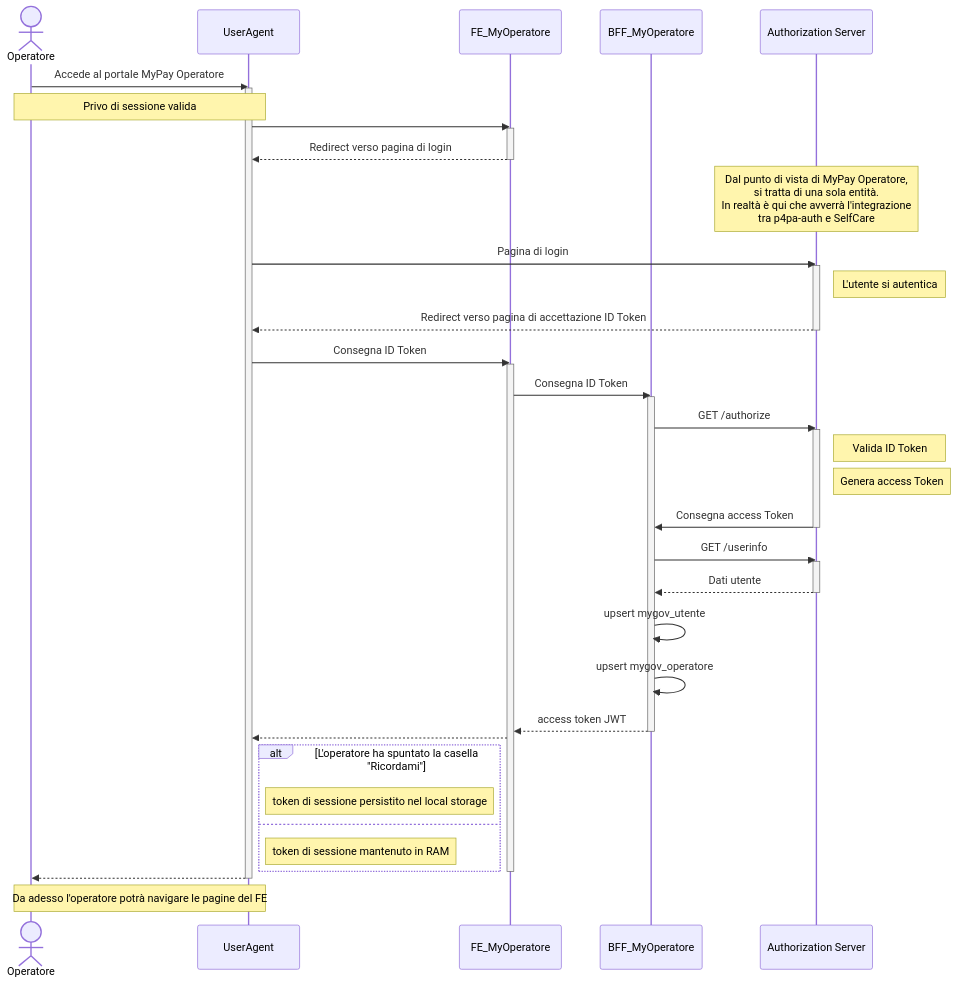
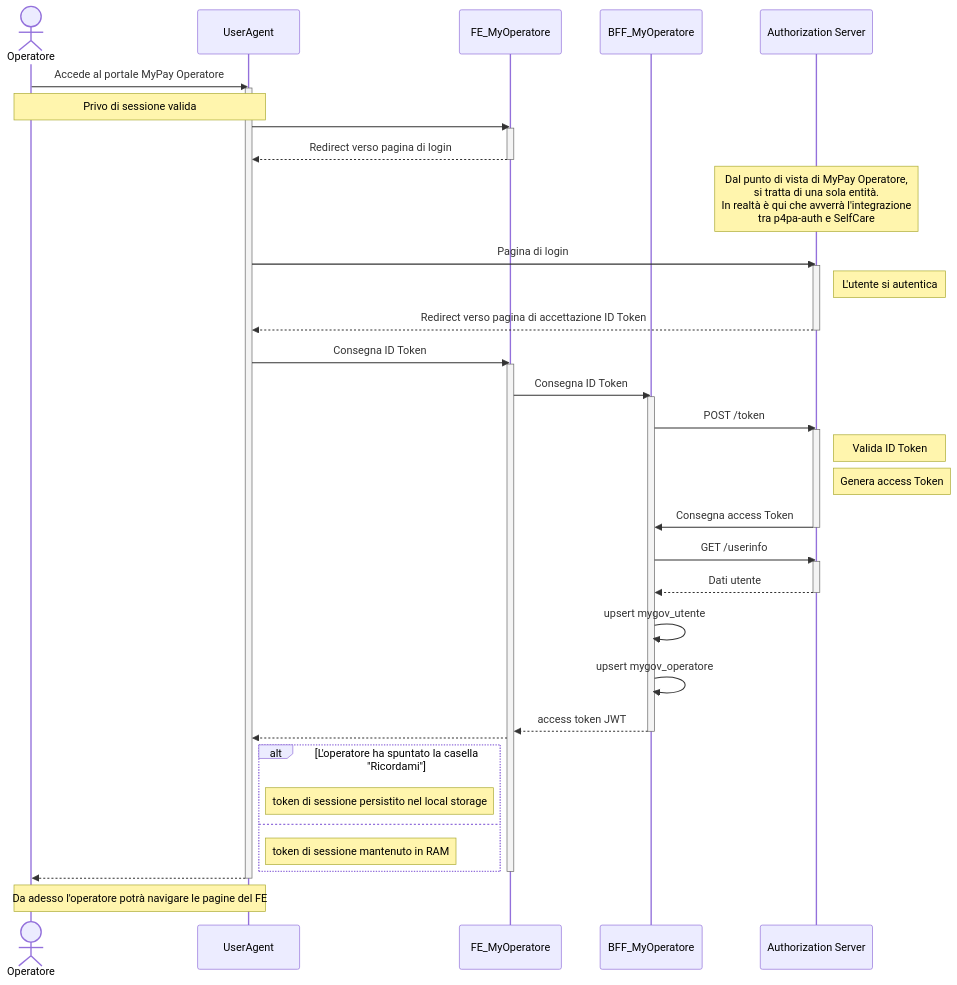
One commit to pagopa/p4pa-doc changed the diagram in confluence/DesignReview/AutenticazioneEAutorizzazioneInMyPayOperatore/TOBE_implicitFlow.mmd. Above: the diagram before and after it, drawn with Mermaid. The commit also changed 3 other files, not shown here.

```diff
--- a/confluence/DesignReview/AutenticazioneEAutorizzazioneInMyPayOperatore/TOBE_implicitFlow.mmd
+++ b/confluence/DesignReview/AutenticazioneEAutorizzazioneInMyPayOperatore/TOBE_implicitFlow.mmd
@@ -1,55 +1,55 @@
 sequenceDiagram
     actor Operatore
     participant UserAgent
     participant FE as FE_MyOperatore
     participant BFF as BFF_MyOperatore
     participant AUTH as Authorization Server
 
     Operatore ->> UserAgent: Accede al portale MyPay Operatore
 
     activate UserAgent
         note over Operatore, UserAgent: Privo di sessione valida
         UserAgent ->> FE: #
         activate FE
             FE -->> UserAgent: Redirect verso pagina di login
         deactivate FE
 
         note over AUTH: Dal punto di vista di MyPay Operatore,<BR />si tratta di una sola entità.<BR />In realtà è qui che avverrà l'integrazione<BR />tra p4pa-auth e SelfCare
         UserAgent ->> AUTH: Pagina di login
         activate AUTH
             note right of AUTH: L'utente si autentica
             AUTH -->> UserAgent: Redirect verso pagina di accettazione ID Token
         deactivate AUTH
 
         UserAgent ->> FE: Consegna ID Token
         activate FE
             FE ->> BFF: Consegna ID Token
             activate BFF
-                BFF ->> AUTH: GET /authorize
+                BFF ->> AUTH: POST /token
                 activate AUTH
                     note right of AUTH: Valida ID Token
                     note right of AUTH: Genera access Token
                     AUTH ->> BFF: Consegna access Token
                 deactivate AUTH
 
                 BFF ->> AUTH: GET /userinfo
                 activate AUTH
                     AUTH -->> BFF: Dati utente
                 deactivate AUTH
 
                 BFF ->> BFF: upsert mygov_utente
                 BFF ->> BFF: upsert mygov_operatore
                 BFF -->> FE: access token JWT
             deactivate BFF
-            FE -->> UserAgent:
+            FE -->> UserAgent: #
             alt L'operatore ha spuntato la casella "Ricordami"
                 note right of UserAgent: token di sessione persistito nel local storage
             else
                 note right of UserAgent: token di sessione mantenuto in RAM
             end
         deactivate FE
 
-        UserAgent -->> Operatore:
+        UserAgent -->> Operatore: #
     deactivate UserAgent
     
     note over Operatore, UserAgent: Da adesso l'operatore potrà navigare le pagine del FE
```
